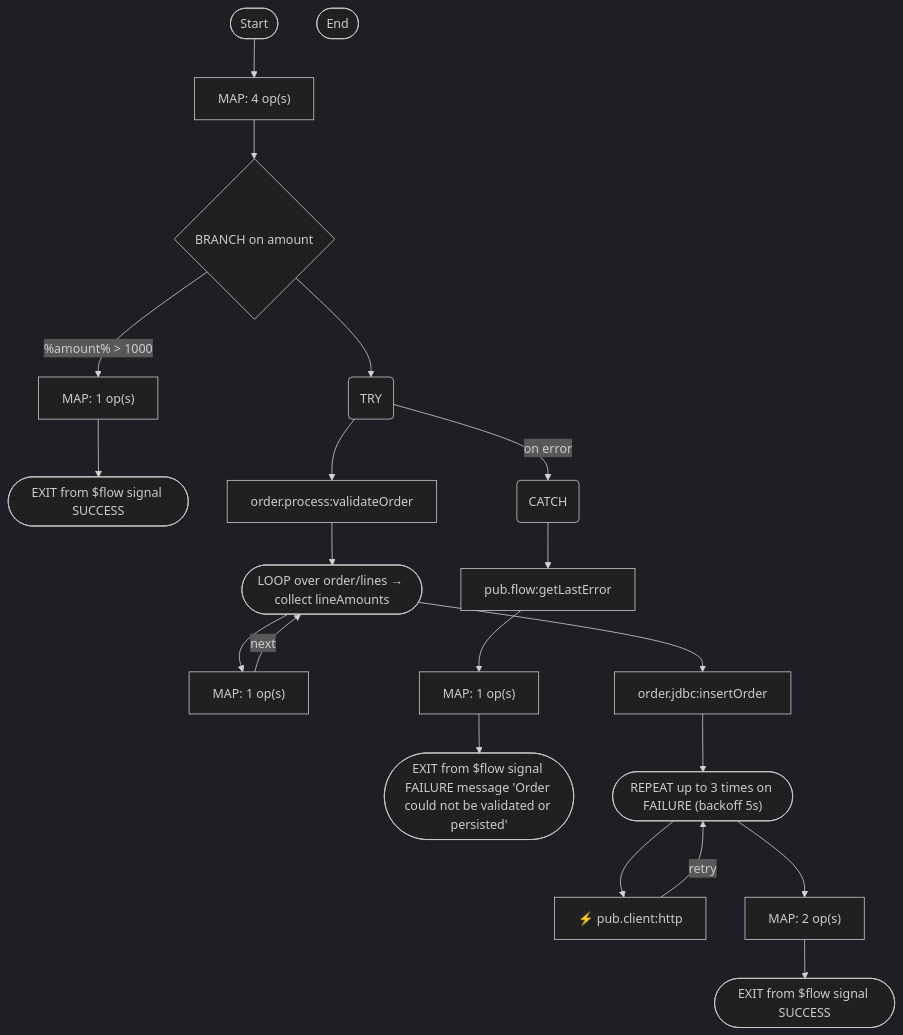
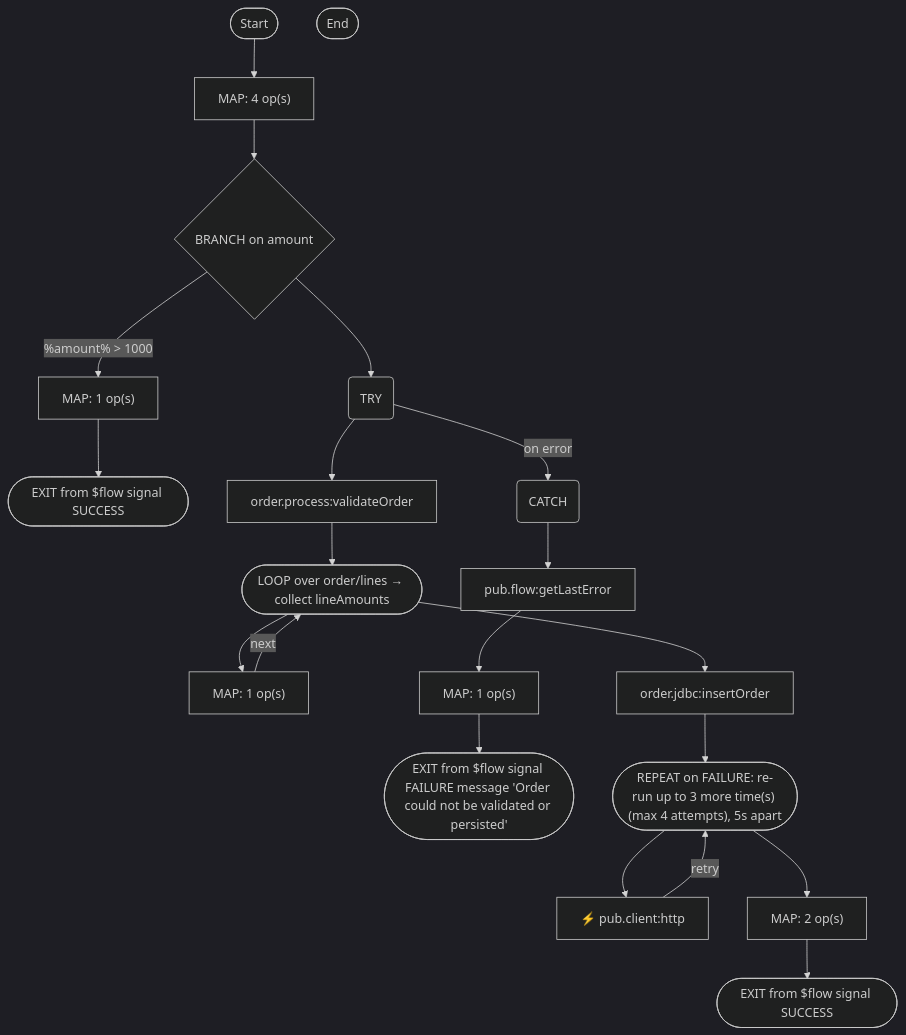
One commit to sgoskula/webmethodskill changed the diagram in _fsd_work/extract/services/order.process__submitOrder.md. Above: the diagram before and after it, drawn with Mermaid (dark theme). The commit also changed other lines of this file and 21 other files, not shown here.

````diff
--- a/_fsd_work/extract/services/order.process__submitOrder.md
+++ b/_fsd_work/extract/services/order.process__submitOrder.md
@@ -68,41 +68,41 @@
 ```mermaid
 flowchart TD
   n1(["Start"])
   n2["MAP: 4 op(s)"]
   n1 --> n2
   n3{"BRANCH on amount"}
   n2 --> n3
   n4["MAP: 1 op(s)"]
   n3 -->|"%amount% > 1000"| n4
   n5(["EXIT from $flow signal SUCCESS"])
   n4 --> n5
   n6("TRY")
   n3 --> n6
   n7["order.process:validateOrder"]
   n6 --> n7
   n8(["LOOP over order/lines → collect lineAmounts"])
   n7 --> n8
   n9["MAP: 1 op(s)"]
   n8 --> n9
   n9 -->|"next"| n8
   n10["order.jdbc:insertOrder"]
   n8 --> n10
   n11("CATCH")
   n6 -->|"on error"| n11
   n12["pub.flow:getLastError"]
   n11 --> n12
   n13["MAP: 1 op(s)"]
   n12 --> n13
   n14(["EXIT from $flow signal FAILURE message 'Order could not be validated or persisted'"])
   n13 --> n14
-  n15(["REPEAT up to 3 times on FAILURE (backoff 5s)"])
+  n15(["REPEAT on FAILURE: re-run up to 3 more time(s) (max 4 attempts), 5s apart"])
   n10 --> n15
   n16["⚡ pub.client:http"]
   n15 --> n16
   n16 -->|"retry"| n15
   n17["MAP: 2 op(s)"]
   n15 --> n17
   n18(["EXIT from $flow signal SUCCESS"])
   n17 --> n18
   n19(["End"])
 ```
````
